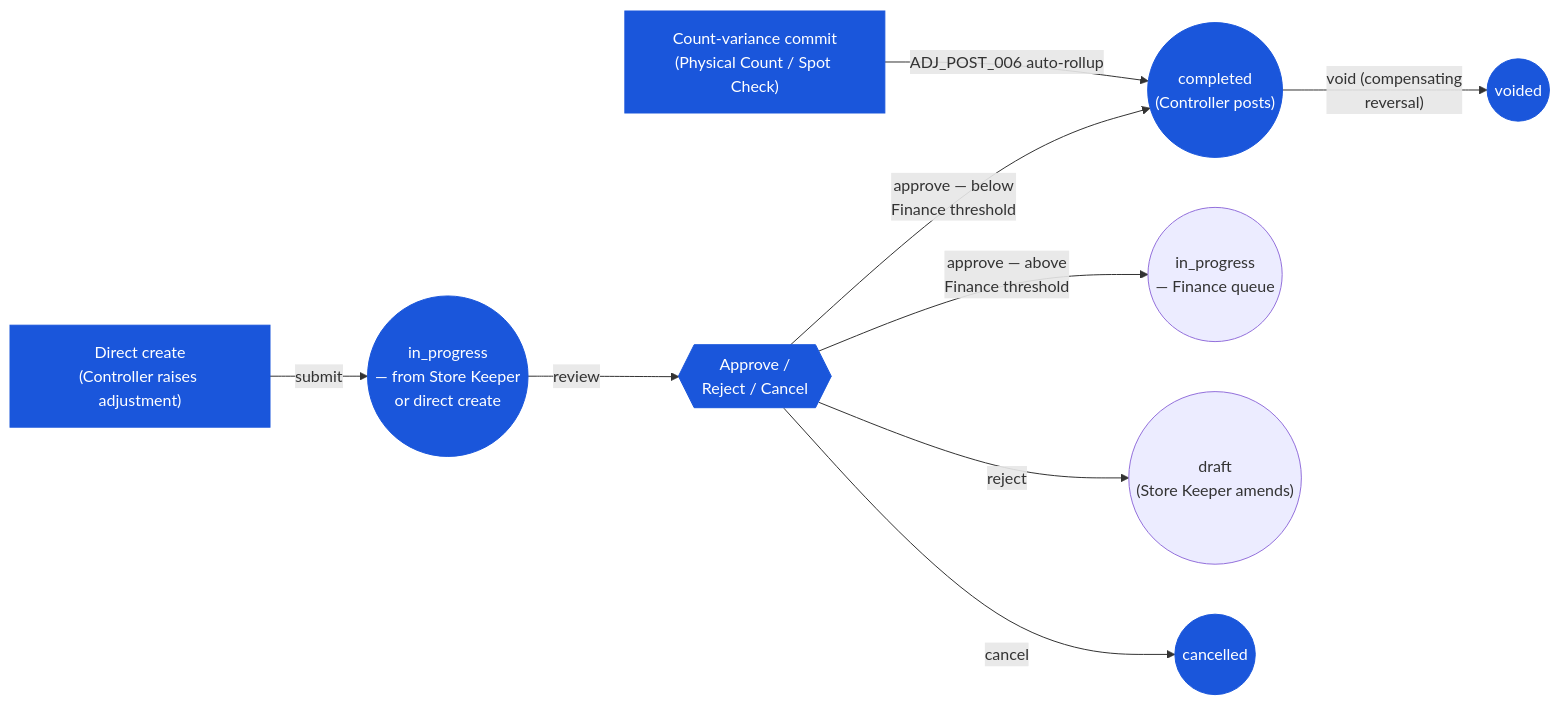
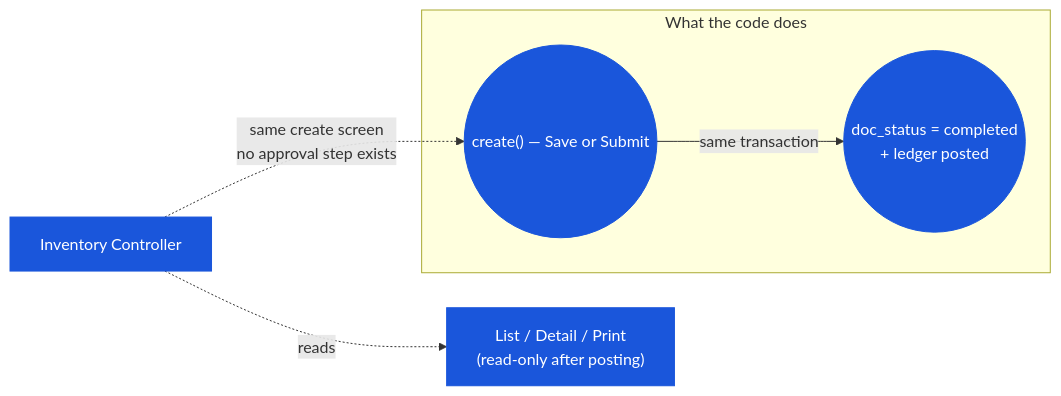
The diagram in en/inventory/inventory-adjustment/03-user-flow-inventory-controller.md (CarmenSoftware-organization/carmen-wiki), drawn with Mermaid before and after one commit. The commit also changed other lines of this file and 30 other files, not shown here.

````diff
--- a/en/inventory/inventory-adjustment/03-user-flow-inventory-controller.md
+++ b/en/inventory/inventory-adjustment/03-user-flow-inventory-controller.md
@@ -19,12 +19,9 @@
 ```mermaid
 graph LR
-    keeper_submit(("in_progress\n— from Store Keeper\nor direct create")):::current -->|"review"| approve_gate{{"Approve /\nReject / Cancel"}}:::current
-    approve_gate -->|"approve — below\nFinance threshold"| completed(("completed\n(Controller posts)")):::current
-    approve_gate -->|"approve — above\nFinance threshold"| finance_q(("in_progress\n— Finance queue"))
-    approve_gate -->|"reject"| draft_return(("draft\n(Store Keeper amends)"))
-    approve_gate -->|"cancel"| cancelled(("cancelled")):::current
-    count_commit["Count-variance commit\n(Physical Count / Spot Check)"]:::current -->|"ADJ_POST_006 auto-rollup"| completed
-    direct_create["Direct create\n(Controller raises adjustment)"]:::current -->|"submit"| keeper_submit
-    completed -->|"void (compensating\nreversal)"| voided(("voided")):::current
+    subgraph reality["What the code does"]
+        create(("create() — Save or Submit")):::current -->|"same transaction"| posted(("doc_status = completed\n+ ledger posted")):::current
+    end
+    ic["Inventory Controller"]:::current -.->|"same create screen\nno approval step exists"| create
+    ic -.->|"reads"| list["List / Detail / Print\n(read-only after posting)"]:::current
     classDef current fill:#1a56db,color:#fff,stroke:#1a56db;
 ```
````
